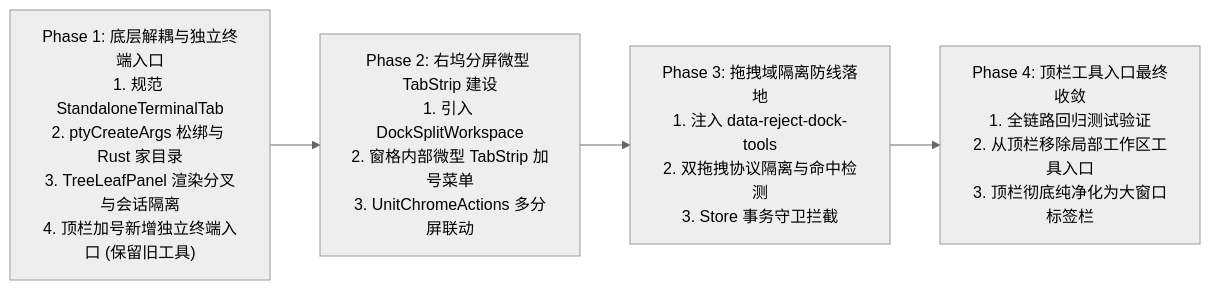
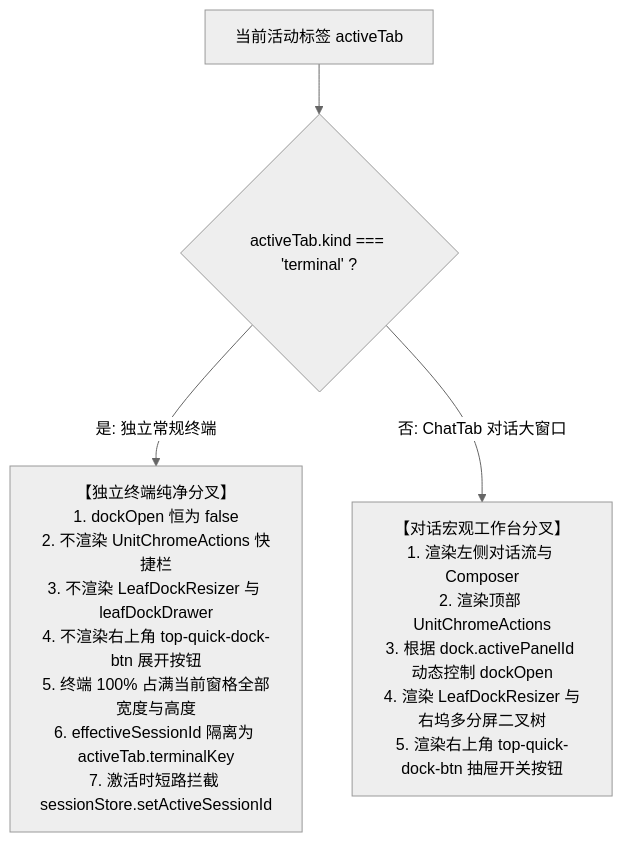
One commit to atobelix/crish changed the first of 3 diagrams in docs/dock-split-system/analysis/03-顶栏大窗口收敛与独立常规终端.md. Above: the diagram before and after it, drawn with Mermaid (neutral theme). The commit also changed other lines of this file and 98 other files, not shown here.

First line of the commit message:
feat(dock): land split dock topology, multi-pane runtime and standalone terminal [BATCH-DOCK-SPLIT]

````diff
--- a/docs/dock-split-system/analysis/03-顶栏大窗口收敛与独立常规终端.md
+++ b/docs/dock-split-system/analysis/03-顶栏大窗口收敛与独立常规终端.md
@@ -948,9 +487,8 @@
 ```mermaid
-flowchart LR
-  Phase1["Phase 1: 底层解耦与独立终端入口<br/>1. 规范 StandaloneTerminalTab<br/>2. ptyCreateArgs 松绑与 Rust 家目录<br/>3. TreeLeafPanel 渲染分叉与会话隔离<br/>4. 顶栏加号新增独立终端入口 (保留旧工具)"]
-  Phase2["Phase 2: 右坞分屏微型 TabStrip 建设<br/>1. 引入 DockSplitWorkspace<br/>2. 窗格内部微型 TabStrip 加号菜单<br/>3. UnitChromeActions 多分屏联动"]
-  Phase3["Phase 3: 拖拽域隔离防线落地<br/>1. 注入 data-reject-dock-tools<br/>2. 双拖拽协议隔离与命中检测<br/>3. Store 事务守卫拦截"]
-  Phase4["Phase 4: 顶栏工具入口最终收敛<br/>1. 全链路回归测试验证<br/>2. 从顶栏移除局部工作区工具入口<br/>3. 顶栏彻底纯净化为大窗口标签栏"]
+flowchart TD
+  ActiveTab["当前活动标签 activeTab"] --> CheckKind{"activeTab.kind === 'terminal' ?"}
 
-  Phase1 --> Phase2 --> Phase3 --> Phase4
+  CheckKind -- "是: 独立常规终端" --> StandaloneRender["【独立终端纯净分叉】<br/>1. dockOpen 恒为 false<br/>2. 不渲染 UnitChromeActions 快捷栏<br/>3. 不渲染 LeafDockResizer 与 leafDockDrawer<br/>4. 不渲染右上角 top-quick-dock-btn 展开按钮<br/>5. 终端 100% 占满当前窗格全部宽度与高度<br/>6. effectiveSessionId 隔离为 activeTab.terminalKey<br/>7. 激活时短路拦截 sessionStore.setActiveSessionId"]
+
+  CheckKind -- "否: ChatTab 对话大窗口" --> ChatRender["【对话宏观工作台分叉】<br/>1. 渲染左侧对话流与 Composer<br/>2. 渲染顶部 UnitChromeActions<br/>3. 根据 dock.activePanelId 动态控制 dockOpen<br/>4. 渲染 LeafDockResizer 与右坞多分屏二叉树<br/>5. 渲染右上角 top-quick-dock-btn 抽屉开关按钮"]
 ```
````
